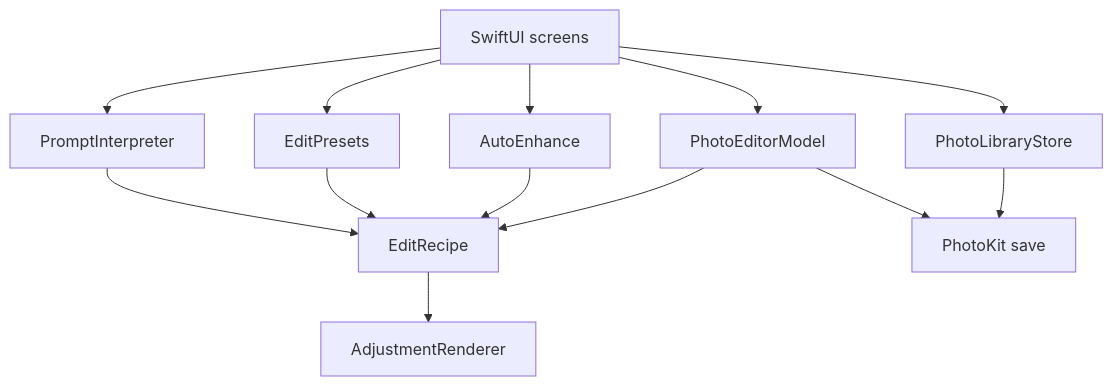
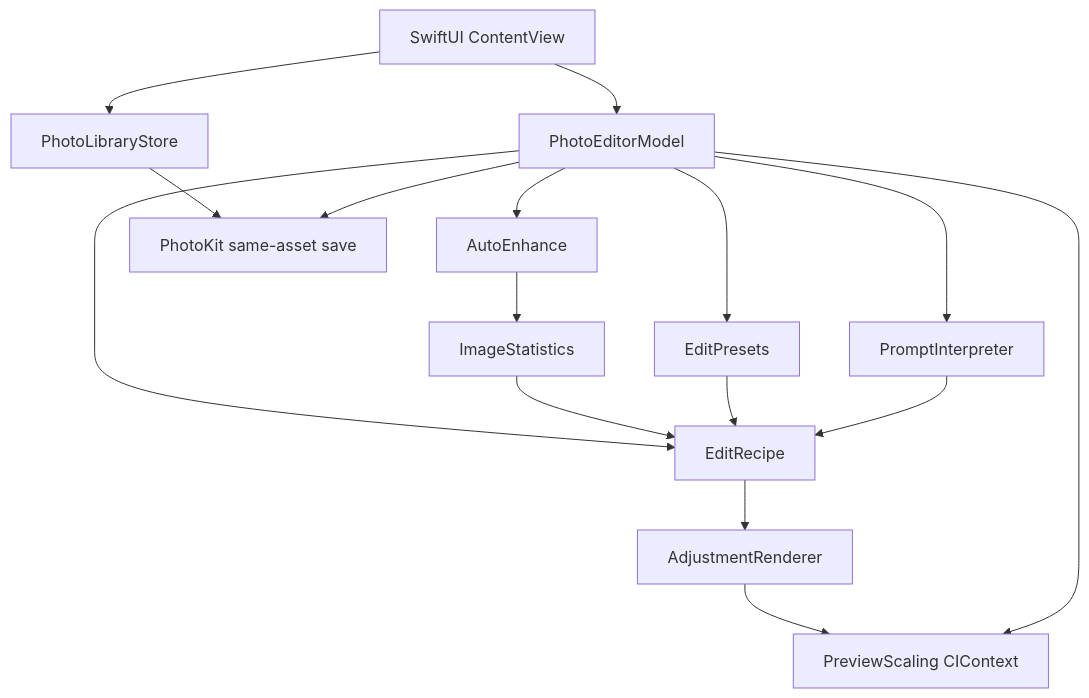
One commit to Yug-More/PixelSense changed the diagram in README.md. Above: the diagram before and after it, drawn with Mermaid. The commit also changed other lines of this file and 3 other files, not shown here.

````diff
--- a/README.md
+++ b/README.md
@@ -57,15 +68,18 @@
 ```mermaid
 flowchart TD
-    ui[SwiftUI screens] --> library[PhotoLibraryStore]
+    ui[SwiftUI ContentView] --> library[PhotoLibraryStore]
     ui --> editor[PhotoEditorModel]
-    ui --> prompt[PromptInterpreter]
-    ui --> presets[EditPresets]
-    ui --> enhance[AutoEnhance]
+    editor --> prompt[PromptInterpreter]
+    editor --> presets[EditPresets]
+    editor --> enhance[AutoEnhance]
     prompt --> recipe[EditRecipe]
     presets --> recipe
-    enhance --> recipe
+    enhance --> stats[ImageStatistics]
+    stats --> recipe
     editor --> recipe
     recipe --> renderer[AdjustmentRenderer]
-    editor --> photos[PhotoKit save]
+    editor --> preview[PreviewScaling CIContext]
+    renderer --> preview
+    editor --> photos[PhotoKit same-asset save]
     library --> photos
 ```
````
